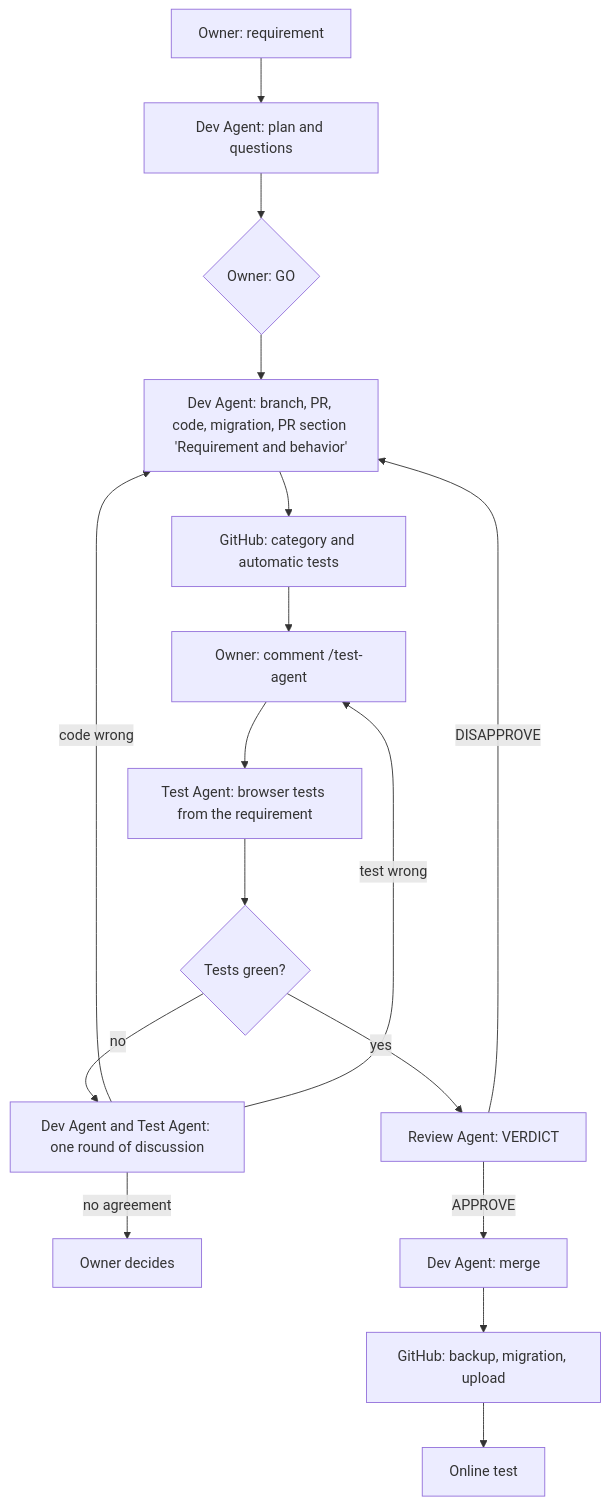
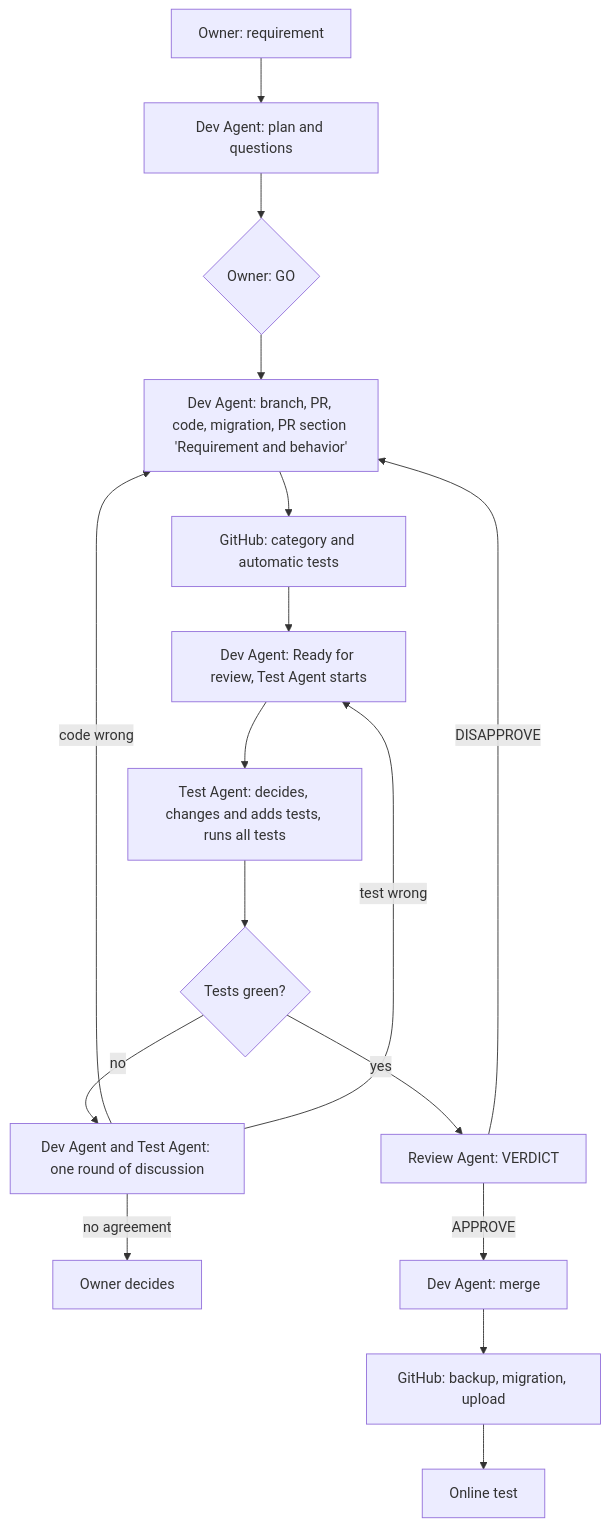
One commit to Tumbelmumbel/DnD changed the diagram in CLAUDE.md. Above: the diagram before and after it, drawn with Mermaid. The commit also changed other lines of this file, not shown here.

First line of the commit message:
Describe the new role and the automatic start of the Test Agent

````diff
--- a/CLAUDE.md
+++ b/CLAUDE.md
@@ -195,19 +197,19 @@
 ```mermaid
 flowchart TD
     A[Owner: requirement] --> B[Dev Agent: plan and questions]
     B --> C{Owner: GO}
     C --> D[Dev Agent: branch, PR, code, migration, PR section 'Requirement and behavior']
     D --> E[GitHub: category and automatic tests]
-    E --> F[Owner: comment /test-agent]
-    F --> G[Test Agent: browser tests from the requirement]
+    E --> F[Dev Agent: Ready for review, Test Agent starts]
+    F --> G[Test Agent: decides, changes and adds tests, runs all tests]
     G --> H{Tests green?}
     H -- no --> I[Dev Agent and Test Agent: one round of discussion]
     I -- code wrong --> D
     I -- test wrong --> F
     I -- no agreement --> J[Owner decides]
     H -- yes --> K[Review Agent: VERDICT]
     K -- DISAPPROVE --> D
     K -- APPROVE --> L[Dev Agent: merge]
     L --> M[GitHub: backup, migration, upload]
     M --> N[Online test]
 ```
````
